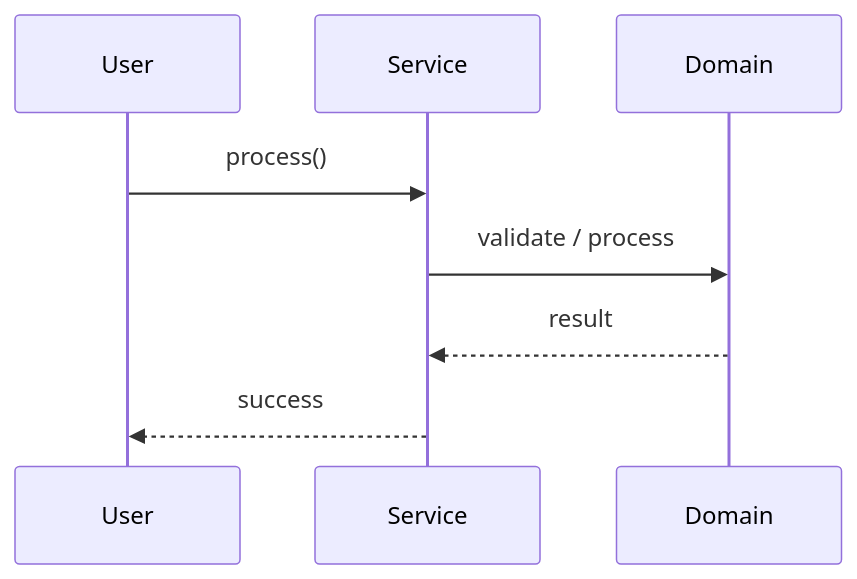
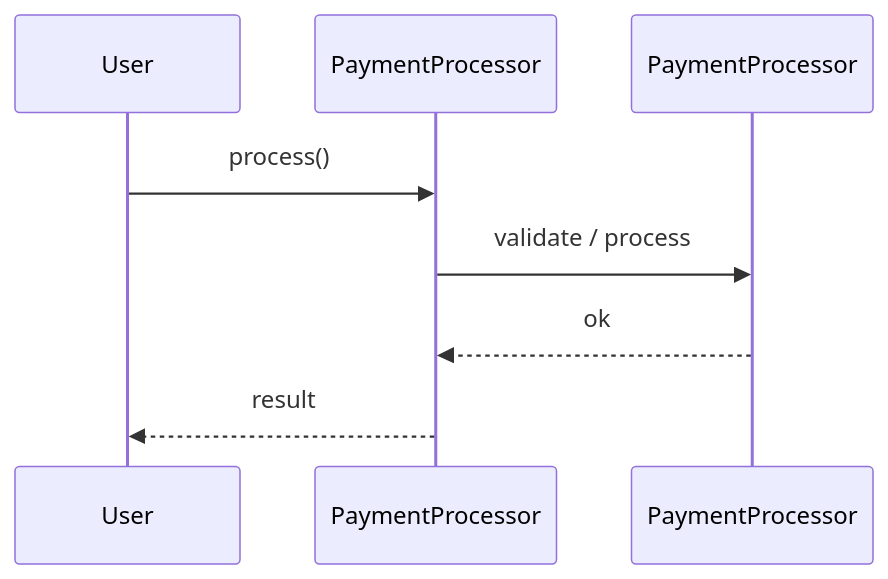
The second of 3 diagrams in Learn/System Design - Low Level Design/03-design-patterns/questions/Q01-strategy-payment.md (madhupaila/Interview-Prep-SSE), drawn with Mermaid before and after one commit. The commit also changed other lines of this file and 491 other files, not shown here.

````diff
--- a/Learn/System Design - Low Level Design/03-design-patterns/questions/Q01-strategy-payment.md
+++ b/Learn/System Design - Low Level Design/03-design-patterns/questions/Q01-strategy-payment.md
@@ -121,10 +142,10 @@
 ```mermaid
 sequenceDiagram
-    participant U as User
-    participant S as Service
-    participant D as Domain
-    U->>S: process()
-    S->>D: validate / process
-    D-->>S: result
-    S-->>U: success
+participant U as User
+participant S as PaymentProcessor
+participant D as PaymentProcessor
+U->>S: process()
+S->>D: validate / process
+D-->>S: ok
+S-->>U: result
 ```
````
